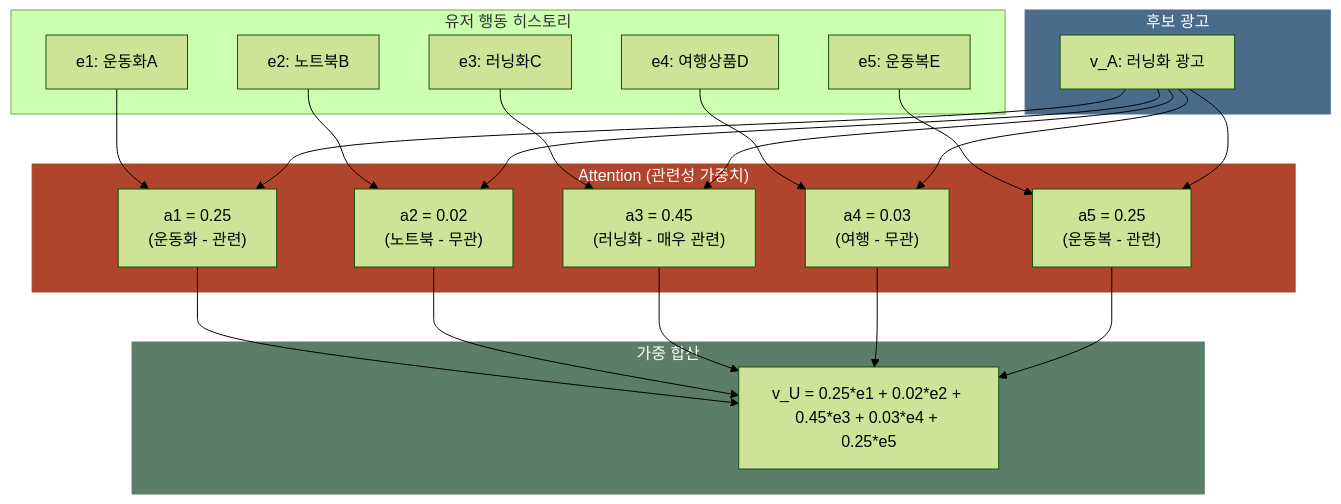
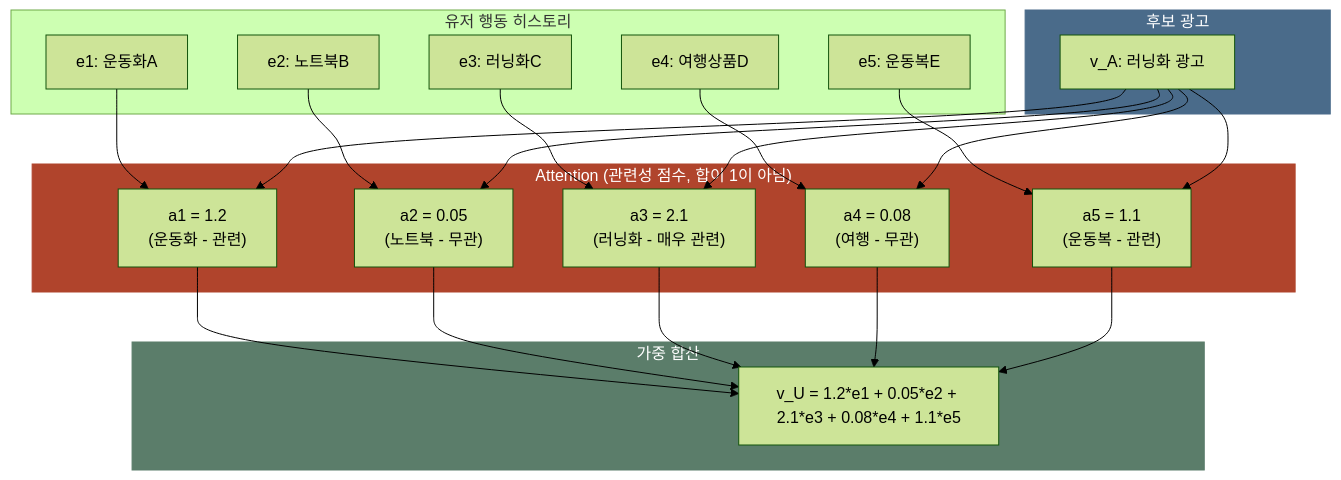
The fourth of 5 diagrams in posts/deep-ctr-models.md (chkimsu/adtech-blog), drawn with Mermaid (forest theme) before and after one commit. The commit also changed other lines of this file and 3 other files, not shown here.

````diff
--- a/posts/deep-ctr-models.md
+++ b/posts/deep-ctr-models.md
@@ -620,46 +622,46 @@
 ```mermaid
 graph TD
     subgraph UserBehavior["유저 행동 히스토리"]
         B1["e1: 운동화A"]
         B2["e2: 노트북B"]
         B3["e3: 러닝화C"]
         B4["e4: 여행상품D"]
         B5["e5: 운동복E"]
     end
 
     subgraph CandidateAd["후보 광고"]
         AD["v_A: 러닝화 광고"]
     end
 
-    subgraph AttentionLayer["Attention (관련성 가중치)"]
-        A1["a1 = 0.25<br/>(운동화 - 관련)"]
-        A2["a2 = 0.02<br/>(노트북 - 무관)"]
-        A3["a3 = 0.45<br/>(러닝화 - 매우 관련)"]
-        A4["a4 = 0.03<br/>(여행 - 무관)"]
-        A5["a5 = 0.25<br/>(운동복 - 관련)"]
+    subgraph AttentionLayer["Attention (관련성 점수, 합이 1이 아님)"]
+        A1["a1 = 1.2<br/>(운동화 - 관련)"]
+        A2["a2 = 0.05<br/>(노트북 - 무관)"]
+        A3["a3 = 2.1<br/>(러닝화 - 매우 관련)"]
+        A4["a4 = 0.08<br/>(여행 - 무관)"]
+        A5["a5 = 1.1<br/>(운동복 - 관련)"]
     end
 
     subgraph WeightedSum["가중 합산"]
-        VU["v_U = 0.25*e1 + 0.02*e2 + 0.45*e3 + 0.03*e4 + 0.25*e5"]
+        VU["v_U = 1.2*e1 + 0.05*e2 + 2.1*e3 + 0.08*e4 + 1.1*e5"]
     end
 
     B1 --> A1
     B2 --> A2
     B3 --> A3
     B4 --> A4
     B5 --> A5
     AD --> A1
     AD --> A2
     AD --> A3
     AD --> A4
     AD --> A5
     A1 --> VU
     A2 --> VU
     A3 --> VU
     A4 --> VU
     A5 --> VU
 
     style AttentionLayer fill:#b0442c,stroke:#b0442c,color:#fff
     style CandidateAd fill:#4a6b8a,stroke:#4a6b8a,color:#fff
     style WeightedSum fill:#5b7d6a,stroke:#5b7d6a,color:#fff
 ```
````
